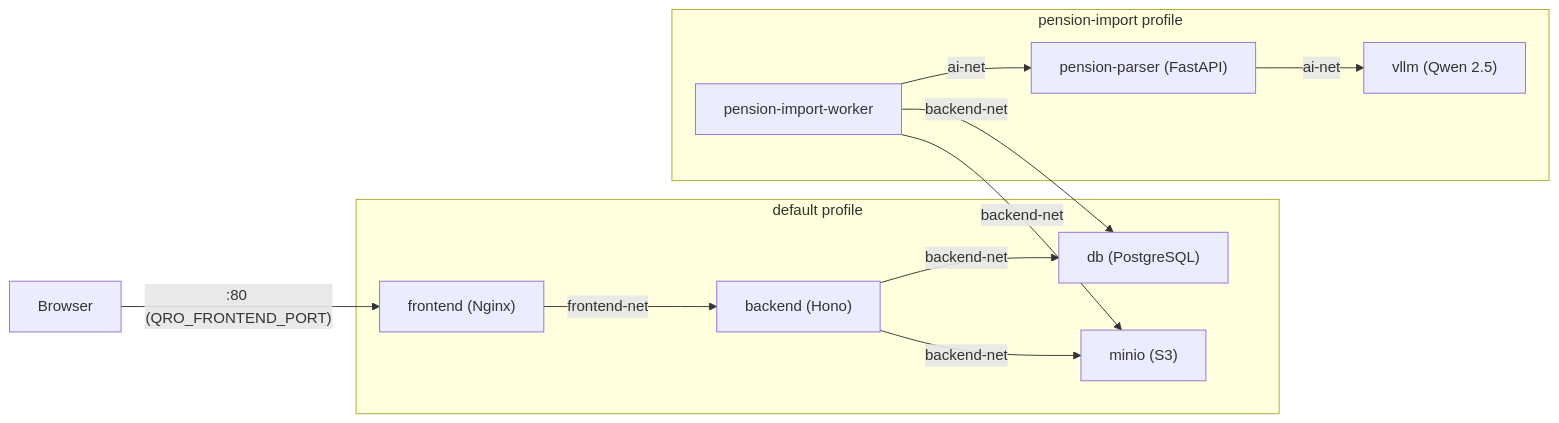
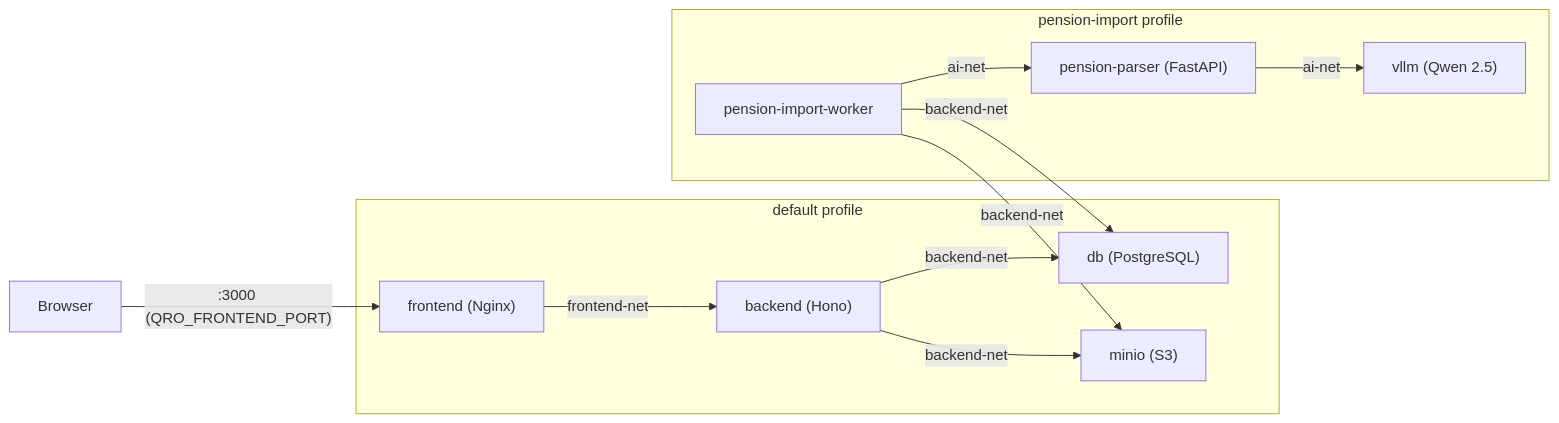
The first of 3 diagrams in docs/architecture.md (Pieter-OHearn/quro), drawn with Mermaid before and after one commit. The commit also changed other lines of this file and 11 other files, not shown here.

````diff
--- a/docs/architecture.md
+++ b/docs/architecture.md
@@ -30,24 +30,24 @@
 ```mermaid
 graph LR
-  Browser -->|":80 (QRO_FRONTEND_PORT)"| frontend
+  Browser -->|":3000 (QRO_FRONTEND_PORT)"| frontend
 
   subgraph "default profile"
     frontend["frontend (Nginx)"]
     backend["backend (Hono)"]
     db["db (PostgreSQL)"]
     minio["minio (S3)"]
     frontend -->|frontend-net| backend
     backend -->|backend-net| db
     backend -->|backend-net| minio
   end
 
   subgraph "pension-import profile"
     worker["pension-import-worker"]
     parser["pension-parser (FastAPI)"]
     vllm["vllm (Qwen 2.5)"]
     worker -->|backend-net| db
     worker -->|backend-net| minio
     worker -->|ai-net| parser
     parser -->|ai-net| vllm
   end
 ```
````
